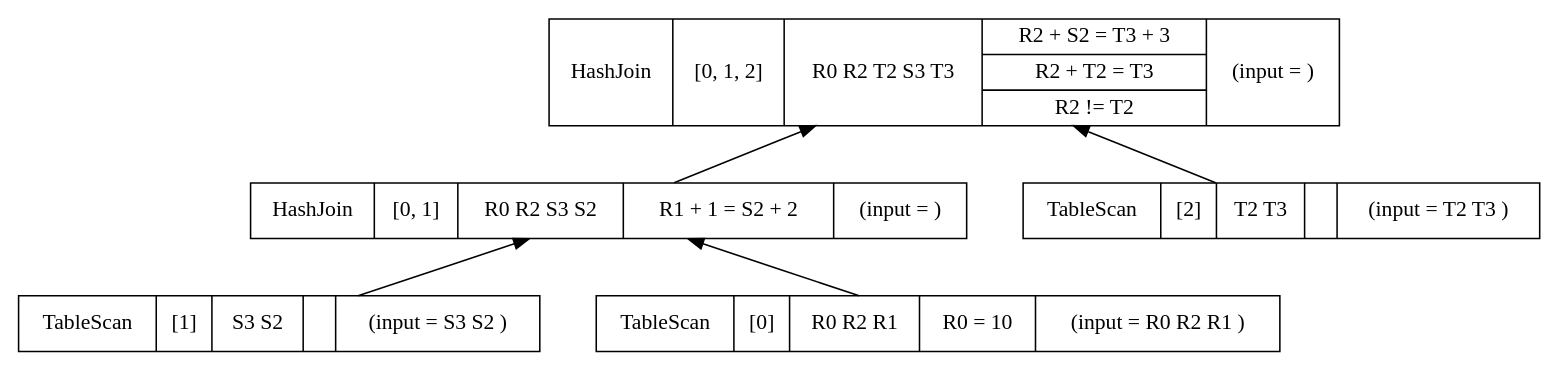
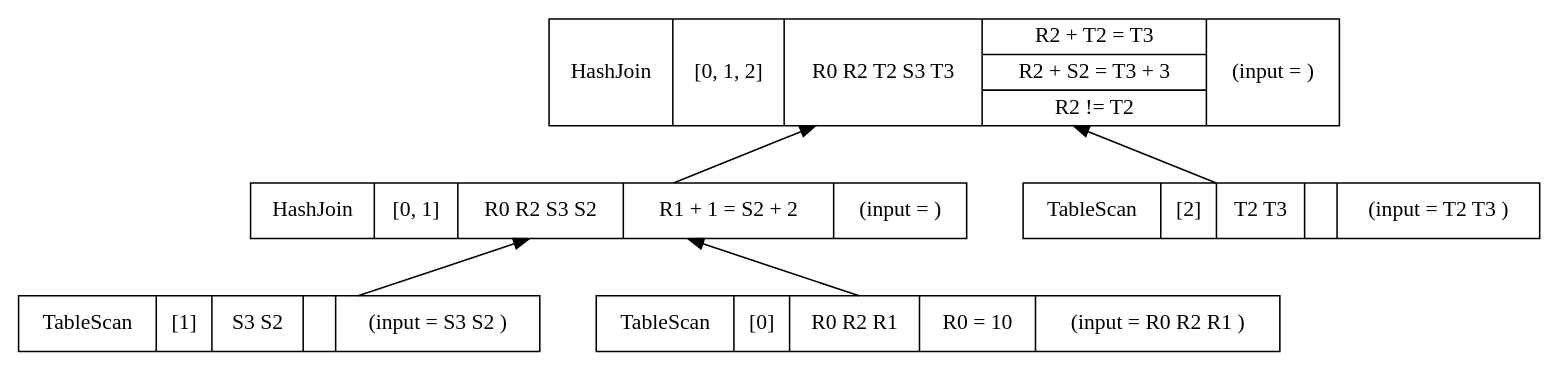
Before and after one commit to adarshpannu/kona: the diagram in plan.dot, drawn with Graphviz. The commit also changed 11 other files, not shown here.

```diff
--- a/plan.dot
+++ b/plan.dot
@@ -1,15 +1,15 @@
 digraph example1 {
     node [shape=record];
     rankdir=BT;
     nodesep=0.5;
     ordering="in";
-    popnodePOPId4v1 -> popnodePOPId5v1;
-    popnodePOPId2v1 -> popnodePOPId4v1;
-    popnodePOPId2v1[label="TableScan|[1]|S3 S2 |{}|(input = S3 S2 )"];
-    popnodePOPId1v1 -> popnodePOPId4v1;
-    popnodePOPId1v1[label="TableScan|[0]|R0 R2 R1 |{R0 = 10}|(input = R0 R2 R1 )"];
-    popnodePOPId4v1[label="HashJoin|[0, 1]|R0 R2 S3 S2 |{R1 + 1 = S2 + 2}|(input = )"];
-    popnodePOPId3v1 -> popnodePOPId5v1;
-    popnodePOPId3v1[label="TableScan|[2]|T2 T3 |{}|(input = T2 T3 )"];
-    popnodePOPId5v1[label="HashJoin|[0, 1, 2]|R0 R2 T2 S3 T3 |{R2 + S2 = T3 + 3|R2 + T2 = T3|R2 != T2}|(input = )"];
+    popnodePOPKey4v1 -> popnodePOPKey5v1;
+    popnodePOPKey2v1 -> popnodePOPKey4v1;
+    popnodePOPKey2v1[label="TableScan|[1]|S3 S2 |{}|(input = S3 S2 )"];
+    popnodePOPKey1v1 -> popnodePOPKey4v1;
+    popnodePOPKey1v1[label="TableScan|[0]|R0 R2 R1 |{R0 = 10}|(input = R0 R2 R1 )"];
+    popnodePOPKey4v1[label="HashJoin|[0, 1]|R0 R2 S3 S2 |{R1 + 1 = S2 + 2}|(input = )"];
+    popnodePOPKey3v1 -> popnodePOPKey5v1;
+    popnodePOPKey3v1[label="TableScan|[2]|T2 T3 |{}|(input = T2 T3 )"];
+    popnodePOPKey5v1[label="HashJoin|[0, 1, 2]|R0 R2 T2 S3 T3 |{R2 + T2 = T3|R2 + S2 = T3 + 3|R2 != T2}|(input = )"];
 }
```
